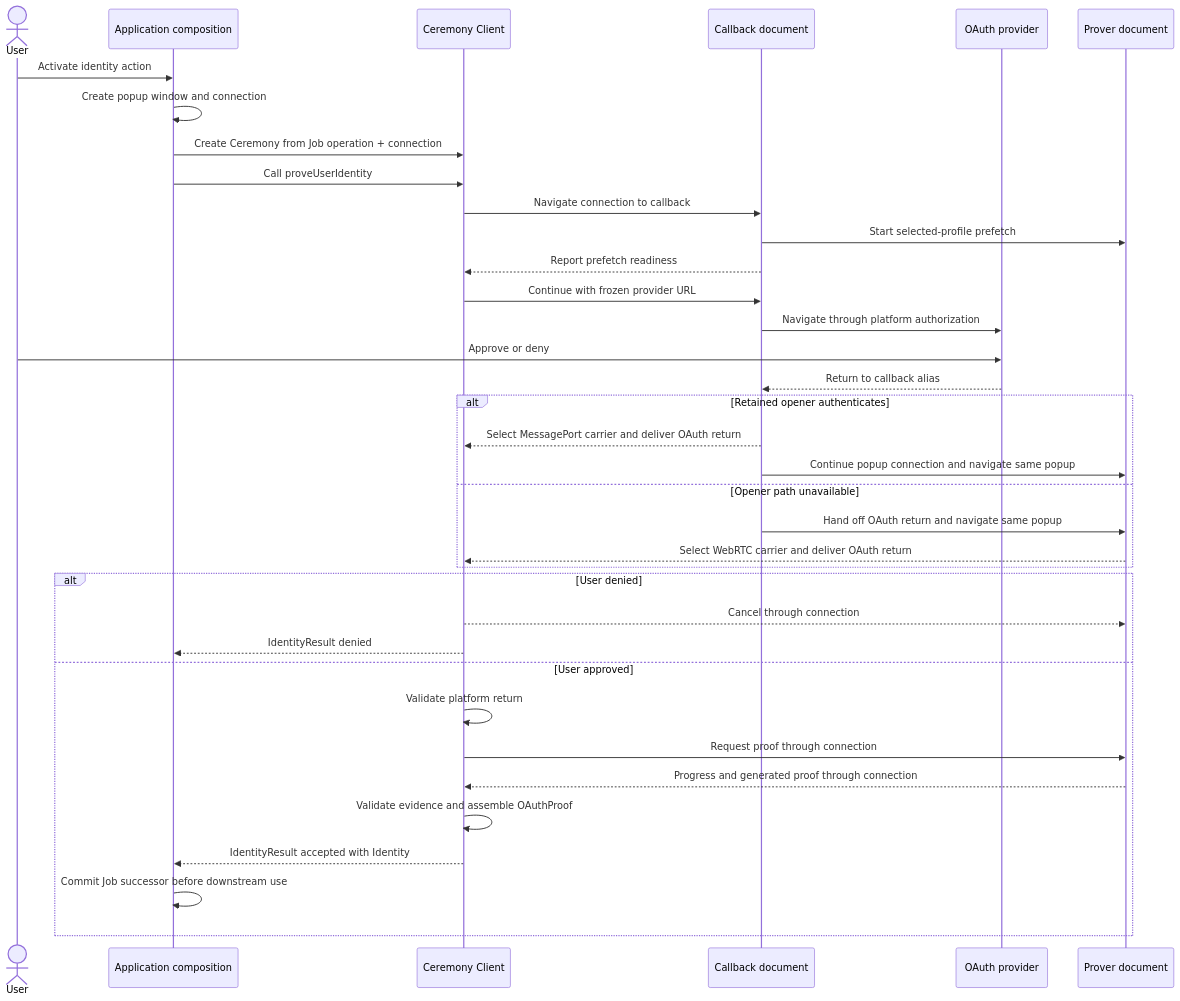
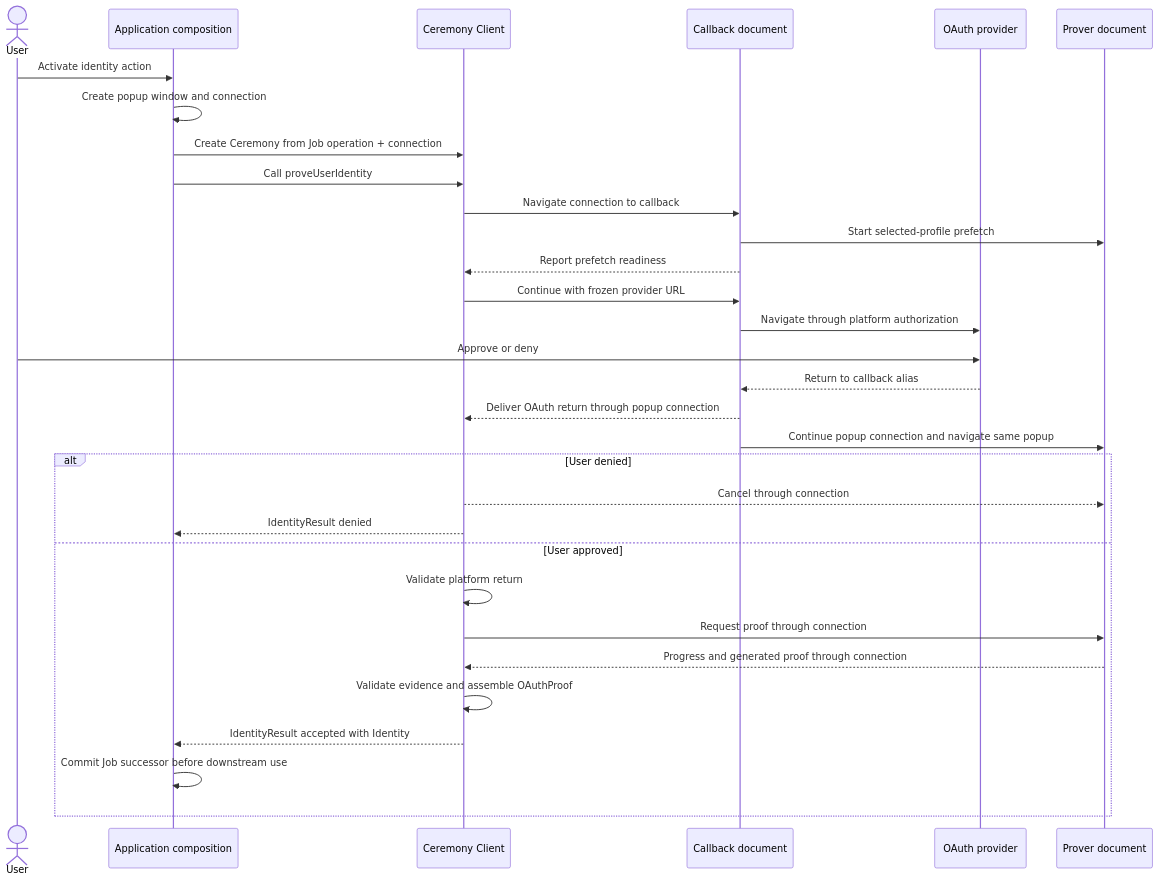
One commit to libid-org/libid changed the diagram in ts/packages/ceremony/ARCHITECTURE.md. Above: the diagram before and after it, drawn with Mermaid. The commit also changed other lines of this file and 9 other files, not shown here.

Commit message:
docs(ceremony): consume popup connection boundary

````diff
--- a/ts/packages/ceremony/ARCHITECTURE.md
+++ b/ts/packages/ceremony/ARCHITECTURE.md
@@ -42,39 +42,34 @@
 ```mermaid
 sequenceDiagram
     actor U as User
     participant A as Application composition
     participant C as Ceremony Client
     participant P as Callback document
     participant O as OAuth provider
     participant R as Prover document
 
     U->>A: Activate identity action
     A->>A: Create popup window and connection
     A->>C: Create Ceremony from Job operation + connection
     A->>C: Call proveUserIdentity
     C->>P: Navigate connection to callback
     P->>R: Start selected-profile prefetch
     P-->>C: Report prefetch readiness
     C->>P: Continue with frozen provider URL
     P->>O: Navigate through platform authorization
     U->>O: Approve or deny
     O-->>P: Return to callback alias
-    alt Retained opener authenticates
-        P-->>C: Select MessagePort carrier and deliver OAuth return
-        P->>R: Continue popup connection and navigate same popup
-    else Opener path unavailable
-        P->>R: Hand off OAuth return and navigate same popup
-        R-->>C: Select WebRTC carrier and deliver OAuth return
-    end
+    P-->>C: Deliver OAuth return through popup connection
+    P->>R: Continue popup connection and navigate same popup
     alt User denied
         C-->>R: Cancel through connection
         C-->>A: IdentityResult denied
     else User approved
         C->>C: Validate platform return
         C->>R: Request proof through connection
         R-->>C: Progress and generated proof through connection
         C->>C: Validate evidence and assemble OAuthProof
         C-->>A: IdentityResult accepted with Identity
         A->>A: Commit Job successor before downstream use
     end
 ```
````
